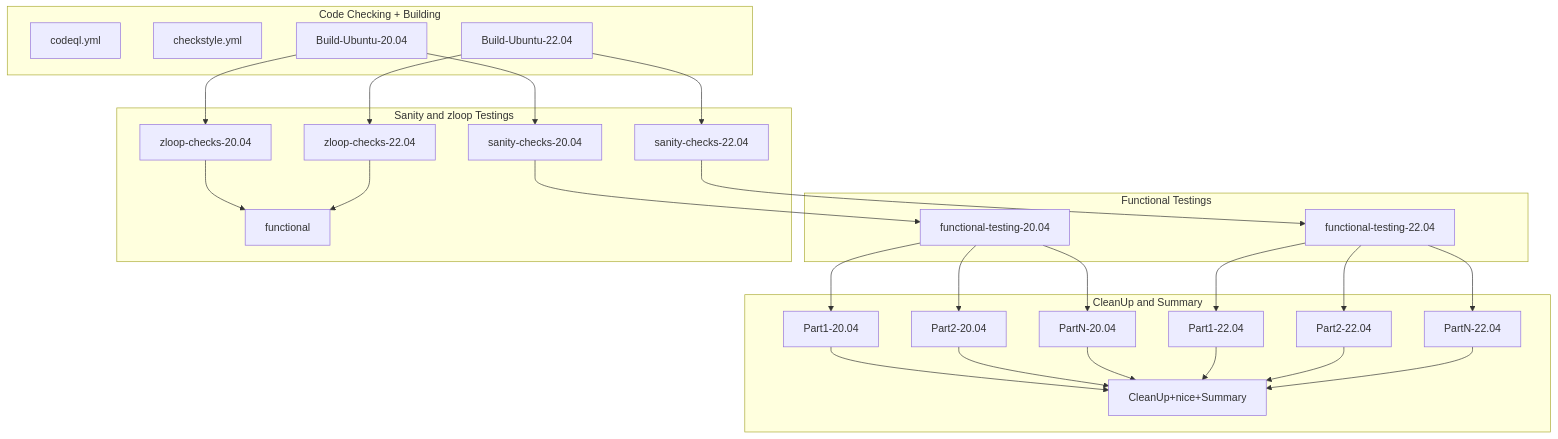
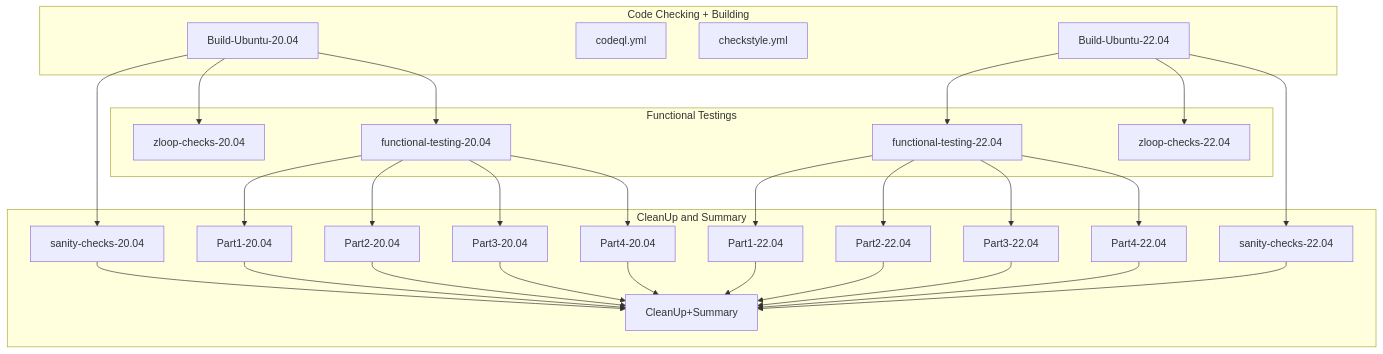
Before and after one commit to openzfs/zfs: the diagram in .github/workflows/README.md, drawn with Mermaid. The commit also changed other lines of this file and 5 other files, not shown here.

````diff
--- a/.github/workflows/README.md
+++ b/.github/workflows/README.md
@@ -4,36 +4,41 @@
 ```mermaid
 flowchart TB
 subgraph CleanUp and Summary
-  Part1-20.04-->CleanUp+nice+Summary
-  Part2-20.04-->CleanUp+nice+Summary
-  PartN-20.04-->CleanUp+nice+Summary
-  Part1-22.04-->CleanUp+nice+Summary
-  Part2-22.04-->CleanUp+nice+Summary
-  PartN-22.04-->CleanUp+nice+Summary
+  sanity-checks-20.04-->CleanUp+Summary
+  Part1-20.04-->CleanUp+Summary
+  Part2-20.04-->CleanUp+Summary
+  Part3-20.04-->CleanUp+Summary
+  Part4-20.04-->CleanUp+Summary
+  Part1-22.04-->CleanUp+Summary
+  Part2-22.04-->CleanUp+Summary
+  Part3-22.04-->CleanUp+Summary
+  Part4-22.04-->CleanUp+Summary
+  sanity-checks-22.04-->CleanUp+Summary
 end
 
 subgraph Functional Testings
+  sanity-checks-20.04
+  zloop-checks-20.04
   functional-testing-20.04-->Part1-20.04
   functional-testing-20.04-->Part2-20.04
-  functional-testing-20.04-->PartN-20.04
+  functional-testing-20.04-->Part3-20.04
+  functional-testing-20.04-->Part4-20.04
   functional-testing-22.04-->Part1-22.04
   functional-testing-22.04-->Part2-22.04
-  functional-testing-22.04-->PartN-22.04
-end
-
-subgraph Sanity and zloop Testings
-  sanity-checks-20.04-->functional-testing-20.04
-  sanity-checks-22.04-->functional-testing-22.04
-  zloop-checks-20.04-->functional
-  zloop-checks-22.04-->functional
+  functional-testing-22.04-->Part3-22.04
+  functional-testing-22.04-->Part4-22.04
+  sanity-checks-22.04
+  zloop-checks-22.04
 end
 
 subgraph Code Checking + Building
+  Build-Ubuntu-20.04-->sanity-checks-20.04
+  Build-Ubuntu-20.04-->zloop-checks-20.04
+  Build-Ubuntu-20.04-->functional-testing-20.04
   codeql.yml
   checkstyle.yml
-  Build-Ubuntu-20.04-->sanity-checks-20.04
   Build-Ubuntu-22.04-->sanity-checks-22.04
-  Build-Ubuntu-20.04-->zloop-checks-20.04
   Build-Ubuntu-22.04-->zloop-checks-22.04
+  Build-Ubuntu-22.04-->functional-testing-22.04
 end
 ```
````
